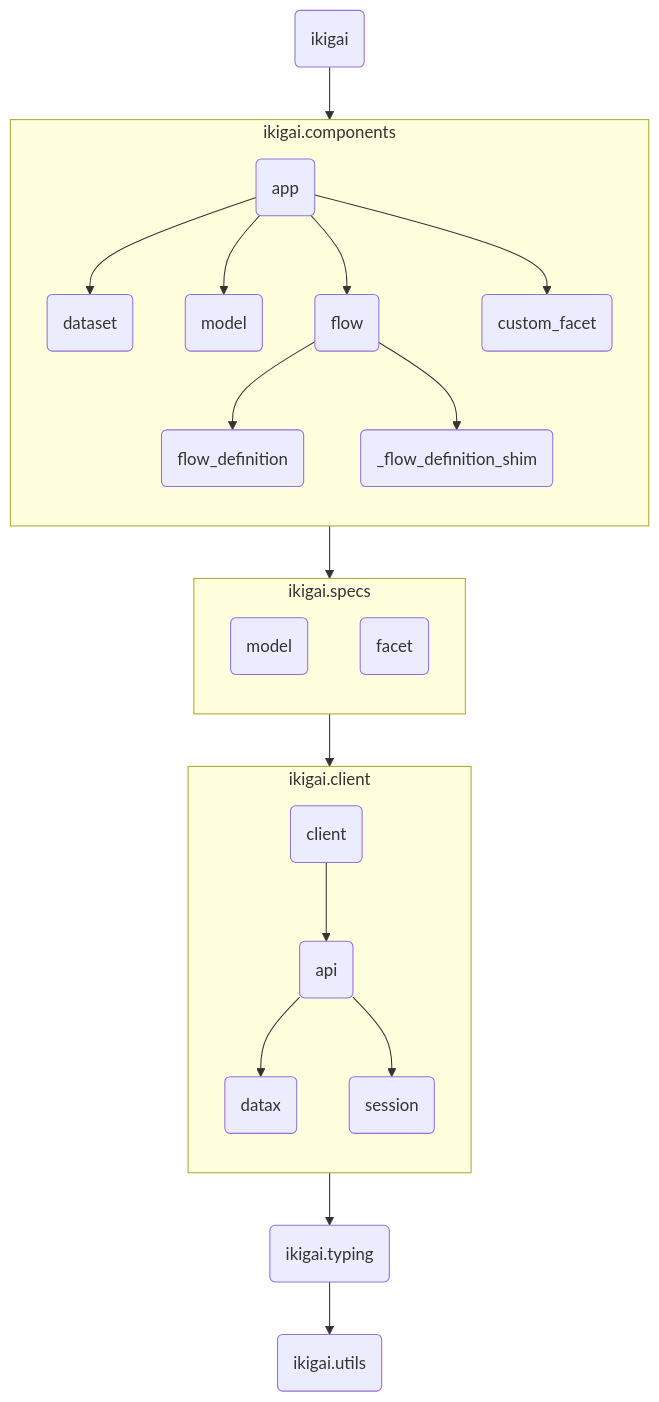
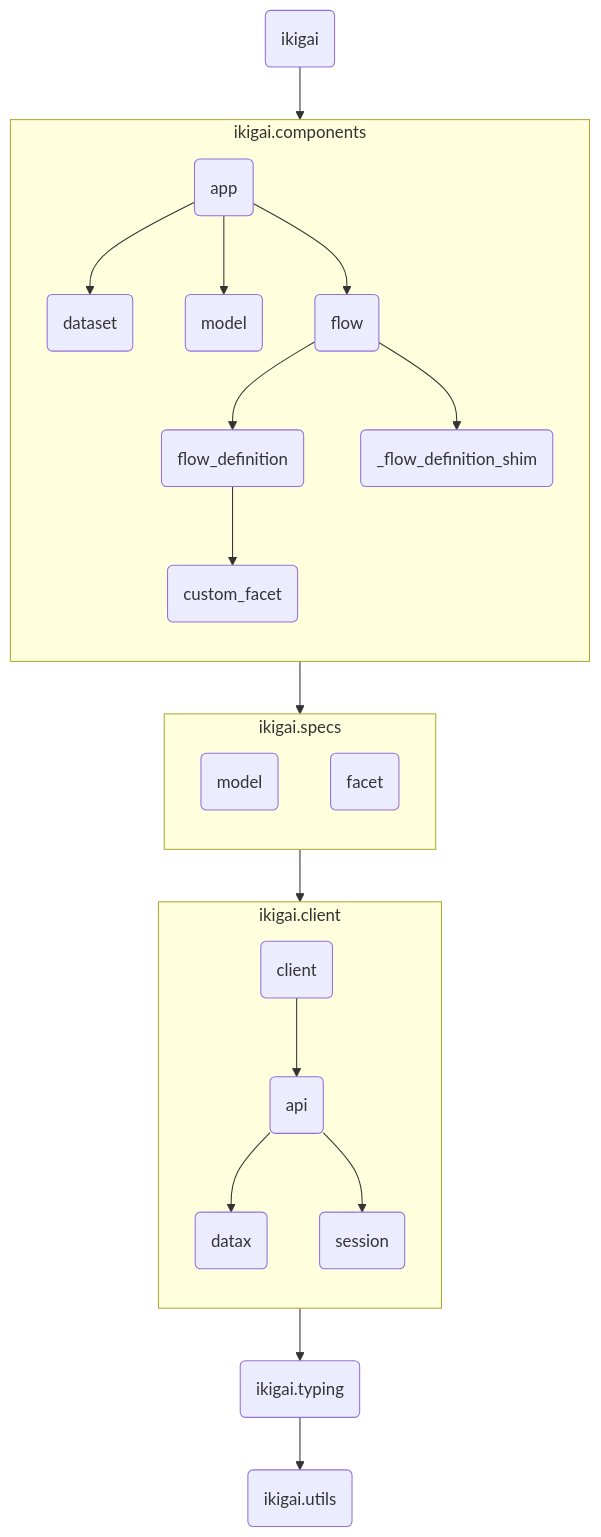
The diagram in CONTRIBUTING.md (ikigailabs-io/ikigai), drawn with Mermaid before and after one commit. The commit also changed other lines of this file and 8 other files, not shown here.

````diff
--- a/CONTRIBUTING.md
+++ b/CONTRIBUTING.md
@@ -213,37 +213,37 @@
 ```mermaid
 graph TD
     %% Module Level
     %% Root[.] --> Ikigai
     Ikigai(ikigai) --> components(ikigai.components)
     components --> specs(ikigai.specs)
     specs --> client(ikigai.client)
     client --> typing(ikigai.typing)
     typing --> utils(ikigai.utils)
 
     %% Component SubModule
     subgraph components[ikigai.components]
         direction TB;
         ComponentsApp(app) --> ComponentsDataset(dataset)
         ComponentsApp --> ComponentsModel(model)
         ComponentsApp --> ComponentsFlow(flow)
-        ComponentsApp --> ComponentsCustomFacet(custom_facet)
         ComponentsFlow --> ComponentsFlowDefinition(flow_definition)
+        ComponentsFlowDefinition --> ComponentsCustomFacet(custom_facet)
         ComponentsFlow --> ComponentsFlowDefinitionShim(_flow_definition_shim)
     end
 
     %% Specs SubModule
     subgraph specs[ikigai.specs]
         direction TB;
         SpecsModel(model);
         SpecsFacet(facet);
     end
 
     %% Client SubModule
     subgraph client[ikigai.client]
         direction TB;
         ClientClient(client) --> ClientAPI(api)
         ClientAPI --> ClientDatax(datax)
         ClientAPI --> ClientSession(session)
     end
 
 ```
````
